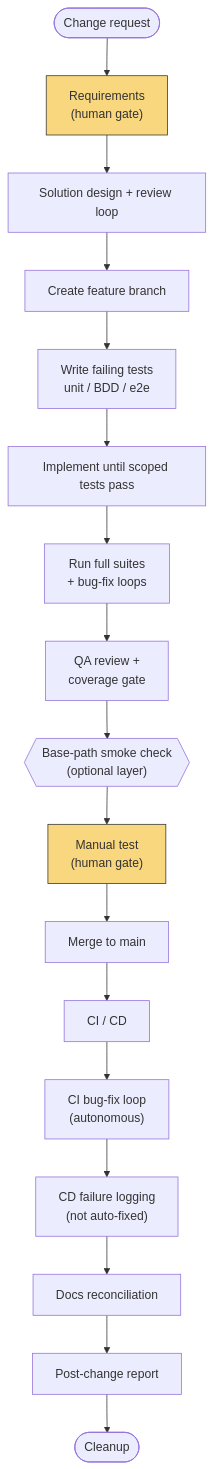
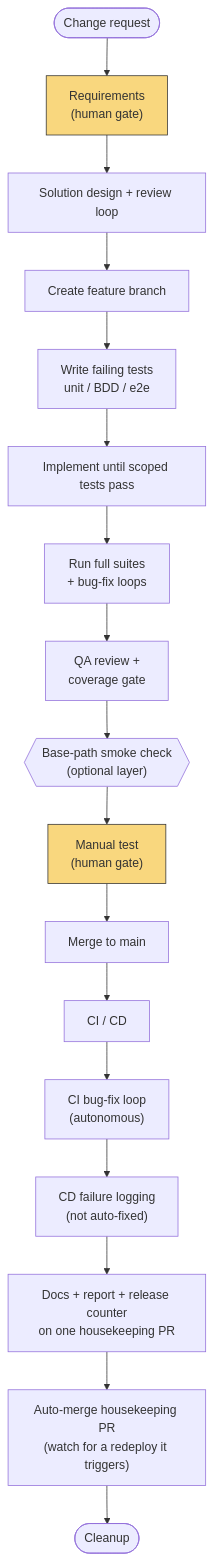
The diagram in wiki/Workflow-Overview.md (lauz9888/waypoint), drawn with Mermaid before and after one commit. The commit also changed other lines of this file and 85 other files, not shown here.

````diff
--- a/wiki/Workflow-Overview.md
+++ b/wiki/Workflow-Overview.md
@@ -80,22 +80,22 @@
 ```mermaid
 flowchart TD
     A([Change request]) --> B["Requirements\n(human gate)"]
     B --> C["Solution design + review loop"]
     C --> D["Create feature branch"]
     D --> E["Write failing tests\nunit / BDD / e2e"]
     E --> F["Implement until scoped tests pass"]
     F --> G["Run full suites\n+ bug-fix loops"]
     G --> H["QA review +\ncoverage gate"]
     H --> I{{"Base-path smoke check\n(optional layer)"}}
     I --> J["Manual test\n(human gate)"]
     J --> K["Merge to main"]
     K --> L["CI / CD"]
     L --> M["CI bug-fix loop\n(autonomous)"]
     M --> N["CD failure logging\n(not auto-fixed)"]
-    N --> O["Docs reconciliation"]
-    O --> P["Post-change report"]
+    N --> O["Docs + report + release counter\non one housekeeping PR"]
+    O --> P["Auto-merge housekeeping PR\n(watch for a redeploy it triggers)"]
     P --> Q(["Cleanup"])
 
     style B fill:#f9d77e,stroke:#333
     style J fill:#f9d77e,stroke:#333
 ```
````
